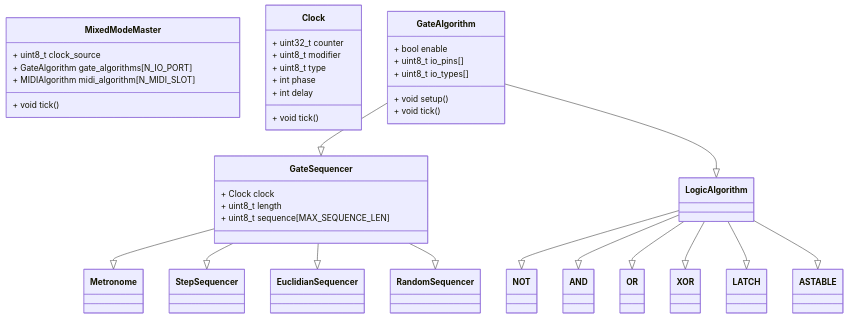
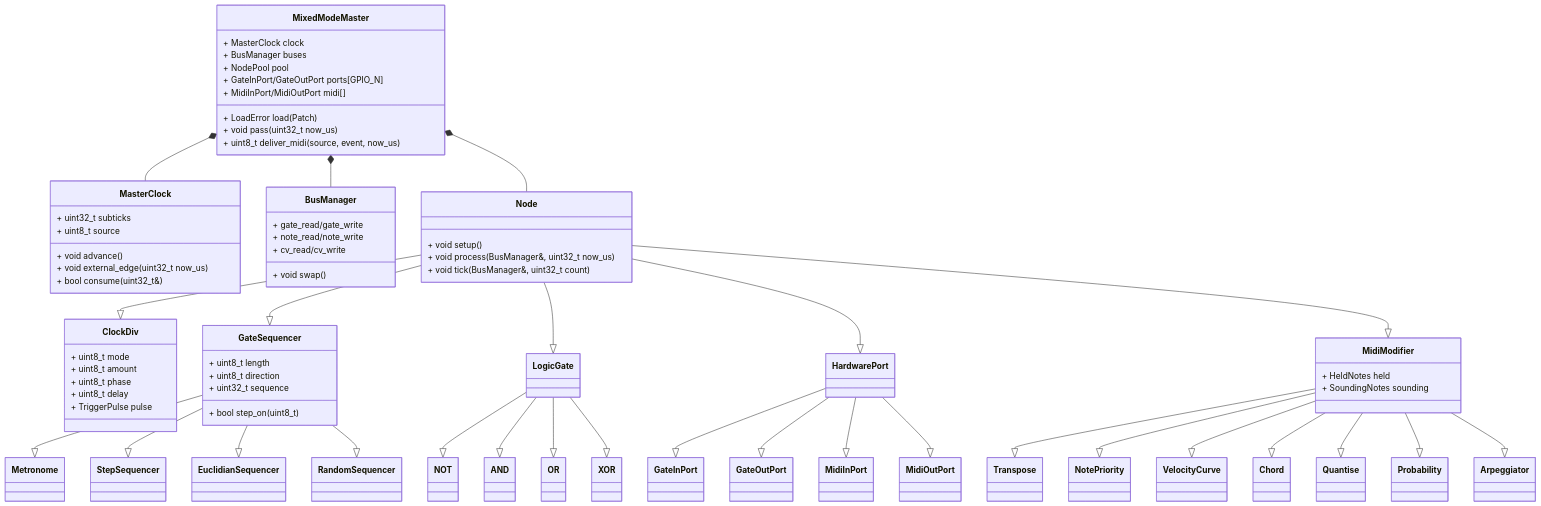
One commit to MixedMode-fX/central changed the diagram in README.md. Above: the diagram before and after it, drawn with Mermaid. The commit also changed other lines of this file and 7 other files, not shown here.

````diff
--- a/README.md
+++ b/README.md
@@ -211,49 +302,87 @@
 classDiagram
 
     class MixedModeMaster{
-        + uint8_t clock_source
-        + GateAlgorithm gate_algorithms[N_IO_PORT]
-        + MIDIAlgorithm midi_algorithm[N_MIDI_SLOT]
-        + void tick()
+        + MasterClock clock
+        + BusManager buses
+        + NodePool pool
+        + GateInPort/GateOutPort ports[GPIO_N]
+        + MidiInPort/MidiOutPort midi[]
+        + LoadError load(Patch)
+        + void pass(uint32_t now_us)
+        + uint8_t deliver_midi(source, event, now_us)
     }
 
-    class Clock{
-        + uint32_t counter
-        + uint8_t modifier
-        + uint8_t type
-        + int phase
-        + int delay
-        + void tick()
+    class MasterClock{
+        + uint32_t subticks
+        + uint8_t source
+        + void advance()
+        + void external_edge(uint32_t now_us)
+        + bool consume(uint32_t&)
     }
 
-    class GateAlgorithm{
-        + bool enable
-        + uint8_t io_pins[]
-        + uint8_t io_types[]
+    class BusManager{
+        + gate_read/gate_write
+        + note_read/note_write
+        + cv_read/cv_write
+        + void swap()
+    }
+
+    class Node{
         + void setup()
-        + void tick()
+        + void process(BusManager&, uint32_t now_us)
+        + void tick(BusManager&, uint32_t count)
     }
-    GateAlgorithm --|> GateSequencer
+
+    MixedModeMaster *-- MasterClock
+    MixedModeMaster *-- BusManager
+    MixedModeMaster *-- Node
+
+    Node --|> ClockDiv
+    Node --|> GateSequencer
+    Node --|> LogicGate
+    Node --|> HardwarePort
+    Node --|> MidiModifier
+
+    class ClockDiv{
+        + uint8_t mode
+        + uint8_t amount
+        + uint8_t phase
+        + uint8_t delay
+        + TriggerPulse pulse
+    }
 
     class GateSequencer{
-        + Clock clock
         + uint8_t length
-        + uint8_t sequence[MAX_SEQUENCE_LEN]
+        + uint8_t direction
+        + uint32_t sequence
+        + bool step_on(uint8_t)
     }
-
     GateSequencer --|> Metronome
     GateSequencer --|> StepSequencer
     GateSequencer --|> EuclidianSequencer
     GateSequencer --|> RandomSequencer
 
-    GateAlgorithm --|> LogicAlgorithm
-    LogicAlgorithm --|> NOT
-    LogicAlgorithm --|> AND
-    LogicAlgorithm --|> OR
-    LogicAlgorithm --|> XOR
-    LogicAlgorithm --|> LATCH
-    LogicAlgorithm --|> ASTABLE
+    LogicGate --|> NOT
+    LogicGate --|> AND
+    LogicGate --|> OR
+    LogicGate --|> XOR
 
-    MIDIAlgorithm
+    class MidiModifier{
+        + HeldNotes held
+        + SoundingNotes sounding
+    }
+    MidiModifier --|> Transpose
+    MidiModifier --|> NotePriority
+    MidiModifier --|> VelocityCurve
+    MidiModifier --|> Chord
+    MidiModifier --|> Quantise
+    MidiModifier --|> Probability
+    MidiModifier --|> Arpeggiator
+
+    class HardwarePort
+    HardwarePort --|> GateInPort
+    HardwarePort --|> GateOutPort
+    HardwarePort --|> MidiInPort
+    HardwarePort --|> MidiOutPort
 
 ```
````
